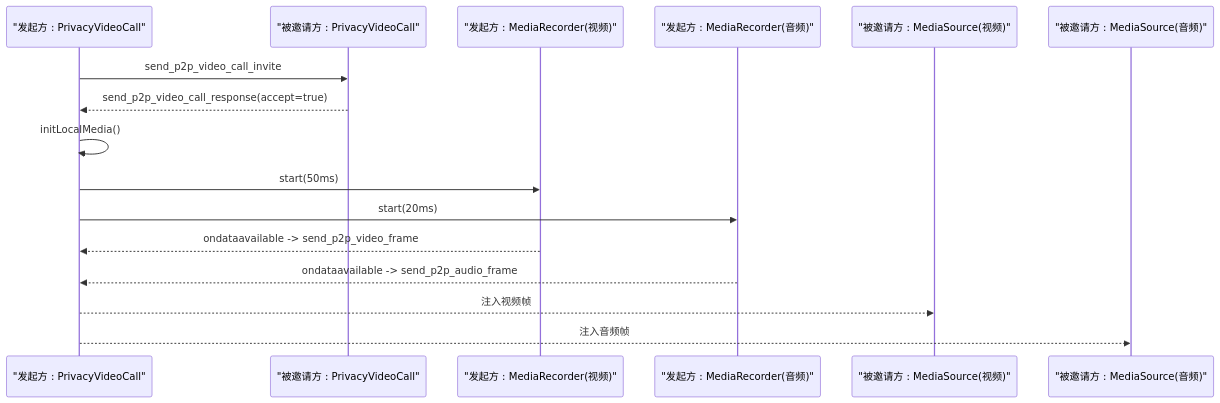
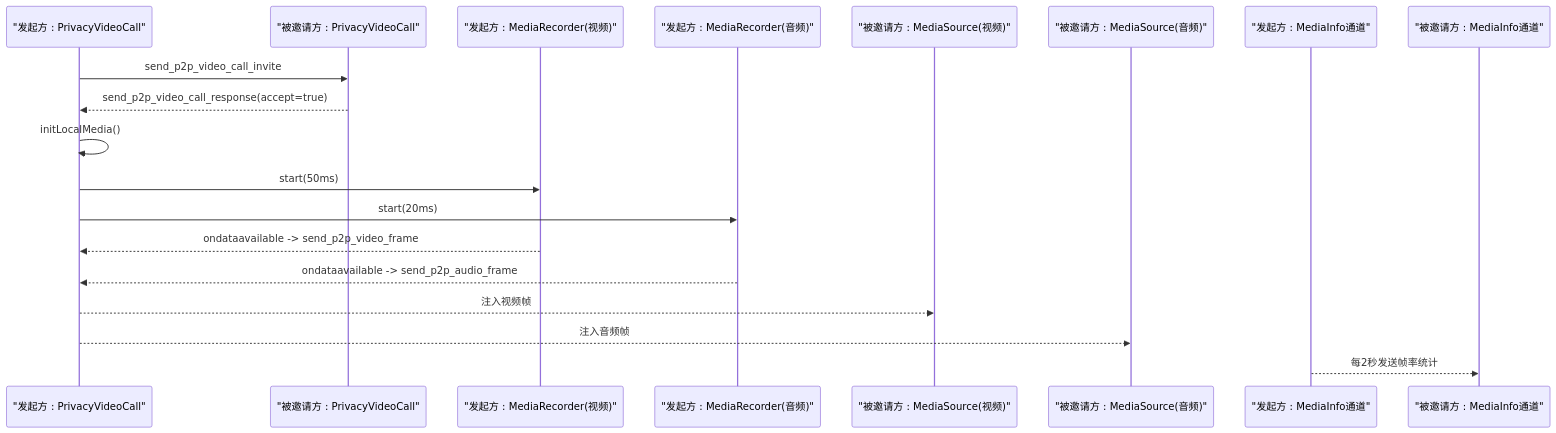
Before and after one commit to nicolastinger/only-talk-app: the fifth of 8 diagrams in .qoder/repowiki/zh/content/UI组件库/媒体组件.md, drawn with Mermaid. The commit also changed other lines of this file and 12 other files, not shown here.

````diff
--- a/.qoder/repowiki/zh/content/UI组件库/媒体组件.md
+++ b/.qoder/repowiki/zh/content/UI组件库/媒体组件.md
@@ -210,18 +244,21 @@
 ```mermaid
 sequenceDiagram
 participant Caller as "发起方 : PrivacyVideoCall"
 participant Callee as "被邀请方 : PrivacyVideoCall"
 participant MR_C as "发起方 : MediaRecorder(视频)"
 participant MA_C as "发起方 : MediaRecorder(音频)"
 participant MS_R as "被邀请方 : MediaSource(视频)"
 participant AS_R as "被邀请方 : MediaSource(音频)"
+participant MI_C as "发起方 : MediaInfo通道"
+participant MI_R as "被邀请方 : MediaInfo通道"
 Caller->>Callee : send_p2p_video_call_invite
 Callee-->>Caller : send_p2p_video_call_response(accept=true)
 Caller->>Caller : initLocalMedia()
 Caller->>MR_C : start(50ms)
 Caller->>MA_C : start(20ms)
 MR_C-->>Caller : ondataavailable -> send_p2p_video_frame
 MA_C-->>Caller : ondataavailable -> send_p2p_audio_frame
 Caller-->>MS_R : 注入视频帧
 Caller-->>AS_R : 注入音频帧
+MI_C-->>MI_R : 每2秒发送帧率统计
 ```
````
